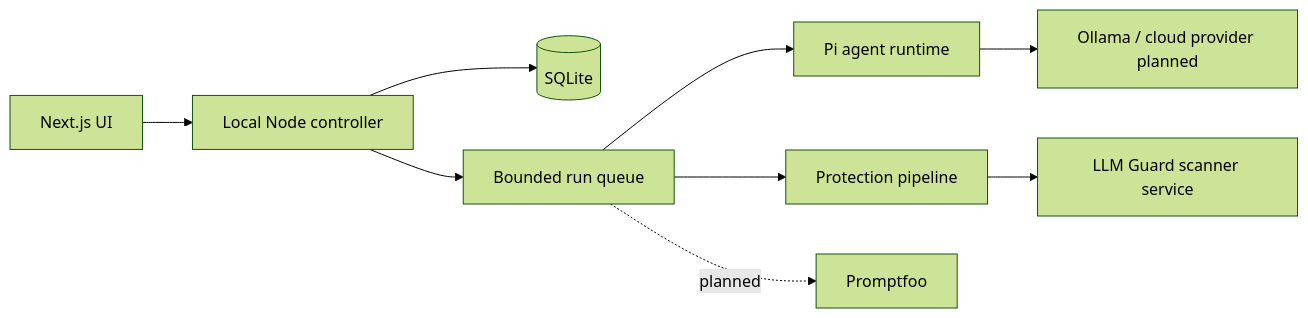
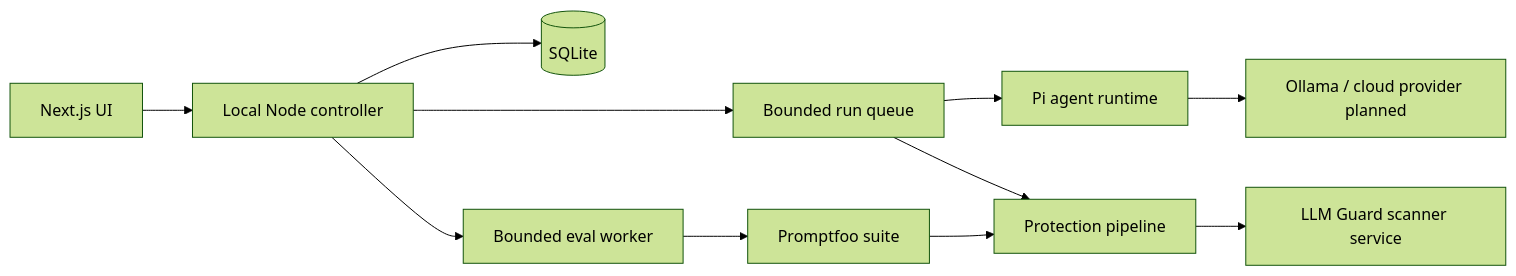
Before and after one commit to 0205prakriti/agentgate-studio: the diagram in docs/ARCHITECTURE.md, drawn with Mermaid (forest theme). The commit also changed other lines of this file and 21 other files, not shown here.

Commit message:
feat: add Promptfoo evaluation suite, dashboard worker, and GitHub Actions workflow

````diff
--- a/docs/ARCHITECTURE.md
+++ b/docs/ARCHITECTURE.md
@@ -3,11 +3,13 @@
 ```mermaid
 flowchart LR
   UI[Next.js UI] --> Controller[Local Node controller]
   Controller --> SQLite[(SQLite)]
   Controller --> Runner[Bounded run queue]
   Runner --> Pi[Pi agent runtime]
   Pi --> Models[Ollama / cloud provider planned]
   Runner --> Security[Protection pipeline]
   Security --> Scanner[LLM Guard scanner service]
-  Runner -. planned .-> Eval[Promptfoo]
+  Controller --> EvalWorker[Bounded eval worker]
+  EvalWorker --> Eval[Promptfoo suite]
+  Eval --> Security
 ```
````
